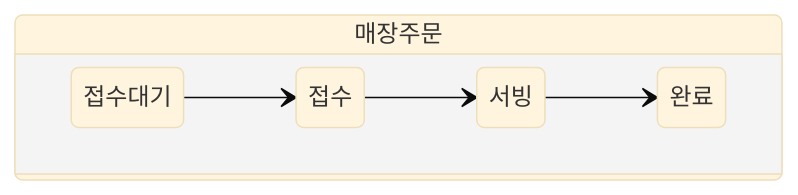
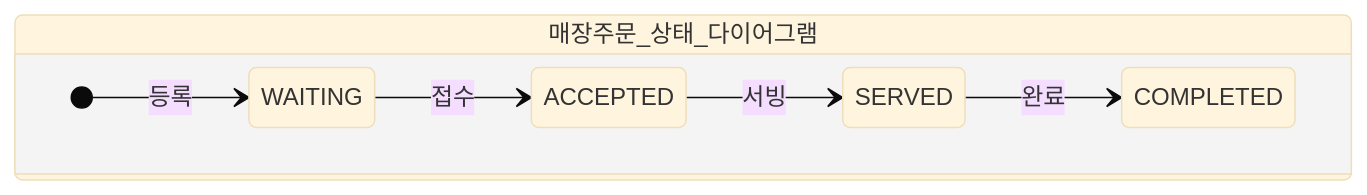
Before and after one commit to next-step/ddd-strategic-design: the third of 3 diagrams in README.md, drawn with Mermaid (base theme). The commit also changed other lines of this file, not shown here.

Commit message:
docs(kitchenops): 상태 다이어그램 action 명시

````diff
--- a/README.md
+++ b/README.md
@@ -315,9 +317,10 @@
 ```mermaid
 stateDiagram-v2
-    state 매장주문 {
+    state 매장주문_상태_다이어그램 {
         direction LR
-        접수대기 --> 접수
-        접수 --> 서빙
-        서빙 --> 완료
+        [*] --> WAITING : 등록
+        WAITING --> ACCEPTED : 접수
+        ACCEPTED --> SERVED : 서빙
+        SERVED --> COMPLETED : 완료
     }
 ```
````
